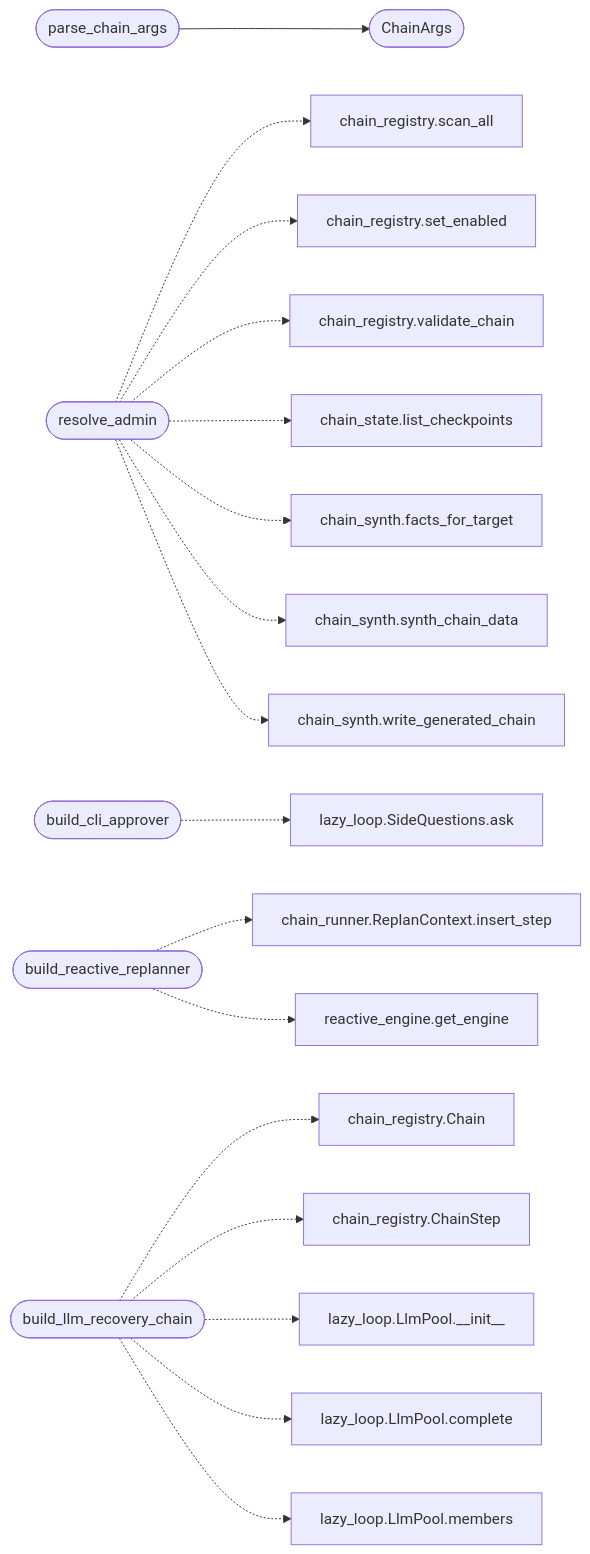
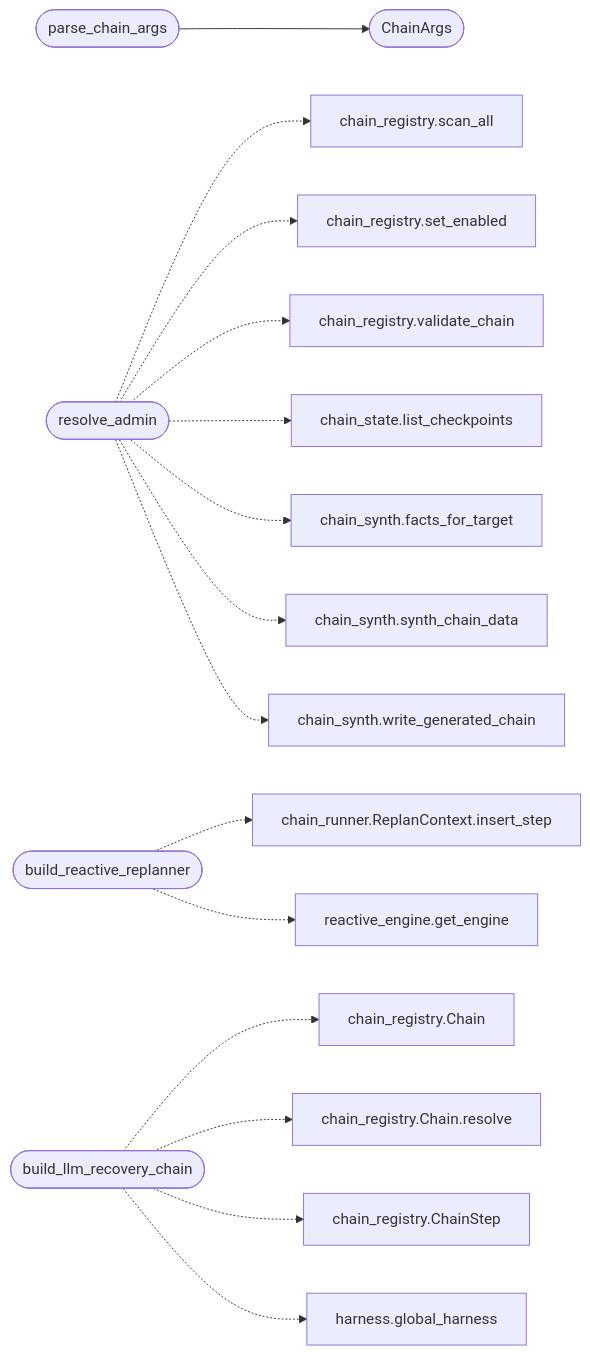
One commit to grisuno/LazyOwn changed the diagram in readmenator-apidocs/modules/cli.apt_chain_support.py.md. Above: the diagram before and after it, drawn with Mermaid. The commit also changed other lines of this file and 496 other files, not shown here.

First line of the commit message:
test: A mediator architecture is implemented with a safety harness inspired by Apollo 11.

````diff
--- a/readmenator-apidocs/modules/cli.apt_chain_support.py.md
+++ b/readmenator-apidocs/modules/cli.apt_chain_support.py.md
@@ -21,40 +21,35 @@
 ```mermaid
 flowchart LR
     n_cli_apt_chain_support_py__parse_chain_args(["parse_chain_args"])
     n_cli_apt_chain_support_py__ChainArgs(["ChainArgs"])
     n_cli_apt_chain_support_py__resolve_admin(["resolve_admin"])
     n_modules_chain_registry_py__scan_all["chain_registry.scan_all"]
     n_modules_chain_registry_py__set_enabled["chain_registry.set_enabled"]
     n_modules_chain_registry_py__validate_chain["chain_registry.validate_chain"]
     n_modules_chain_state_py__list_checkpoints["chain_state.list_checkpoints"]
     n_modules_chain_synth_py__facts_for_target["chain_synth.facts_for_target"]
     n_modules_chain_synth_py__synth_chain_data["chain_synth.synth_chain_data"]
     n_modules_chain_synth_py__write_generated_chain["chain_synth.write_generated_chain"]
-    n_cli_apt_chain_support_py__build_cli_approver(["build_cli_approver"])
-    n_modules_lazy_loop_py__SideQuestions_ask["lazy_loop.SideQuestions.ask"]
     n_cli_apt_chain_support_py__build_reactive_replanner(["build_reactive_replanner"])
     n_modules_chain_runner_py__ReplanContext_insert_step["chain_runner.ReplanContext.insert_step"]
     n_modules_reactive_engine_py__get_engine["reactive_engine.get_engine"]
     n_cli_apt_chain_support_py__build_llm_recovery_chain(["build_llm_recovery_chain"])
     n_modules_chain_registry_py__Chain["chain_registry.Chain"]
+    n_modules_chain_registry_py__Chain_resolve["chain_registry.Chain.resolve"]
     n_modules_chain_registry_py__ChainStep["chain_registry.ChainStep"]
-    n_modules_lazy_loop_py__LlmPool___init__["lazy_loop.LlmPool.__init__"]
-    n_modules_lazy_loop_py__LlmPool_complete["lazy_loop.LlmPool.complete"]
-    n_modules_lazy_loop_py__LlmPool_members["lazy_loop.LlmPool.members"]
+    n_modules_guardrails_harness_py__global_harness["harness.global_harness"]
     n_cli_apt_chain_support_py__parse_chain_args --> n_cli_apt_chain_support_py__ChainArgs
     n_cli_apt_chain_support_py__resolve_admin -.-> n_modules_chain_registry_py__scan_all
     n_cli_apt_chain_support_py__resolve_admin -.-> n_modules_chain_registry_py__set_enabled
     n_cli_apt_chain_support_py__resolve_admin -.-> n_modules_chain_registry_py__validate_chain
     n_cli_apt_chain_support_py__resolve_admin -.-> n_modules_chain_state_py__list_checkpoints
     n_cli_apt_chain_support_py__resolve_admin -.-> n_modules_chain_synth_py__facts_for_target
     n_cli_apt_chain_support_py__resolve_admin -.-> n_modules_chain_synth_py__synth_chain_data
     n_cli_apt_chain_support_py__resolve_admin -.-> n_modules_chain_synth_py__write_generated_chain
-    n_cli_apt_chain_support_py__build_cli_approver -.-> n_modules_lazy_loop_py__SideQuestions_ask
     n_cli_apt_chain_support_py__build_reactive_replanner -.-> n_modules_chain_runner_py__ReplanContext_insert_step
     n_cli_apt_chain_support_py__build_reactive_replanner -.-> n_modules_reactive_engine_py__get_engine
     n_cli_apt_chain_support_py__build_llm_recovery_chain -.-> n_modules_chain_registry_py__Chain
+    n_cli_apt_chain_support_py__build_llm_recovery_chain -.-> n_modules_chain_registry_py__Chain_resolve
     n_cli_apt_chain_support_py__build_llm_recovery_chain -.-> n_modules_chain_registry_py__ChainStep
-    n_cli_apt_chain_support_py__build_llm_recovery_chain -.-> n_modules_lazy_loop_py__LlmPool___init__
-    n_cli_apt_chain_support_py__build_llm_recovery_chain -.-> n_modules_lazy_loop_py__LlmPool_complete
-    n_cli_apt_chain_support_py__build_llm_recovery_chain -.-> n_modules_lazy_loop_py__LlmPool_members
+    n_cli_apt_chain_support_py__build_llm_recovery_chain -.-> n_modules_guardrails_harness_py__global_harness
 ```
````
